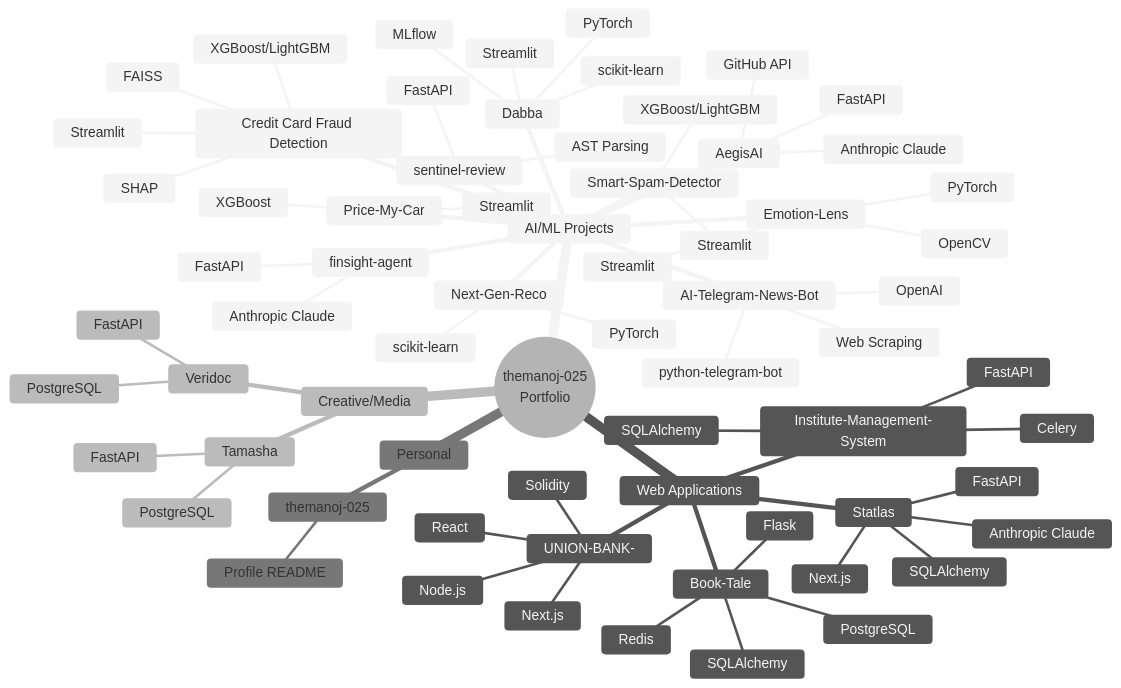
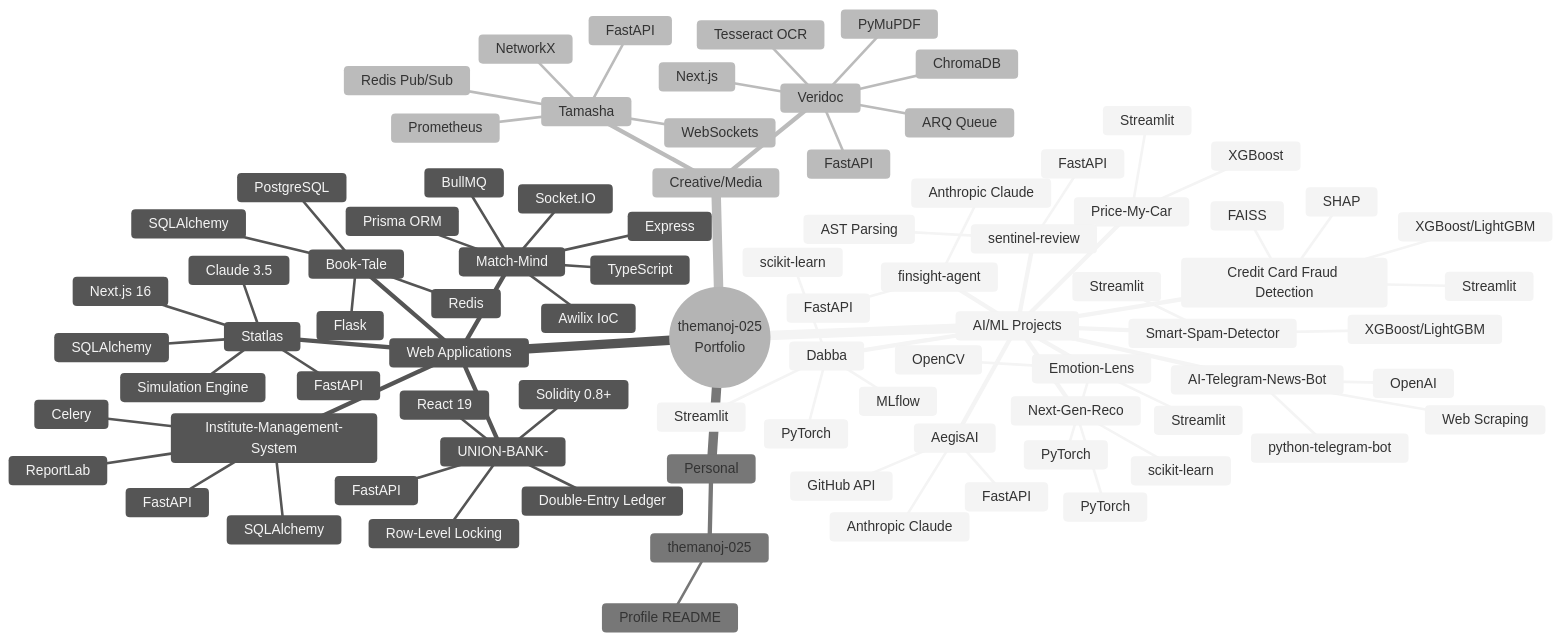
The first of 10 diagrams in docs/portfolio/PORTFOLIO_ARCHITECTURE.md (themanoj-025/themanoj-025), drawn with Mermaid (neutral theme) before and after one commit. The commit also changed other lines of this file and 2 other files, not shown here.

Commit message:
feat(portfolio): upgrade Technical Arsenal to 28 disciplines with evidence and sync architecture docs

```diff
--- a/docs/portfolio/PORTFOLIO_ARCHITECTURE.md
+++ b/docs/portfolio/PORTFOLIO_ARCHITECTURE.md
@@ -67,23 +67,40 @@
         FastAPI
         SQLAlchemy
         Celery
+        ReportLab
+      Match-Mind
+        TypeScript
+        Express
+        Socket.IO
+        BullMQ
+        Awilix IoC
+        Prisma ORM
       Statlas
         FastAPI
         SQLAlchemy
-        Next.js
-        Anthropic Claude
+        Next.js 16
+        Claude 3.5
+        Simulation Engine
       UNION-BANK-
-        React
-        Next.js
-        Node.js
-        Solidity
+        React 19
+        FastAPI
+        Solidity 0.8+
+        Double-Entry Ledger
+        Row-Level Locking
     Creative/Media
       Tamasha
         FastAPI
-        PostgreSQL
+        Redis Pub/Sub
+        WebSockets
+        NetworkX
+        Prometheus
       Veridoc
         FastAPI
-        PostgreSQL
+        Next.js
+        ChromaDB
+        PyMuPDF
+        Tesseract OCR
+        ARQ Queue
     Personal
       themanoj-025
         Profile README
```
